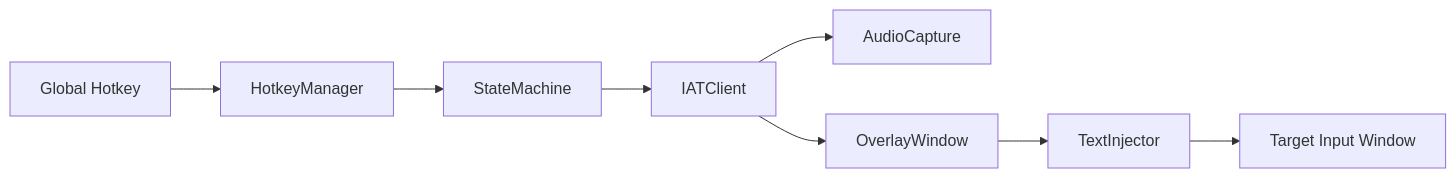
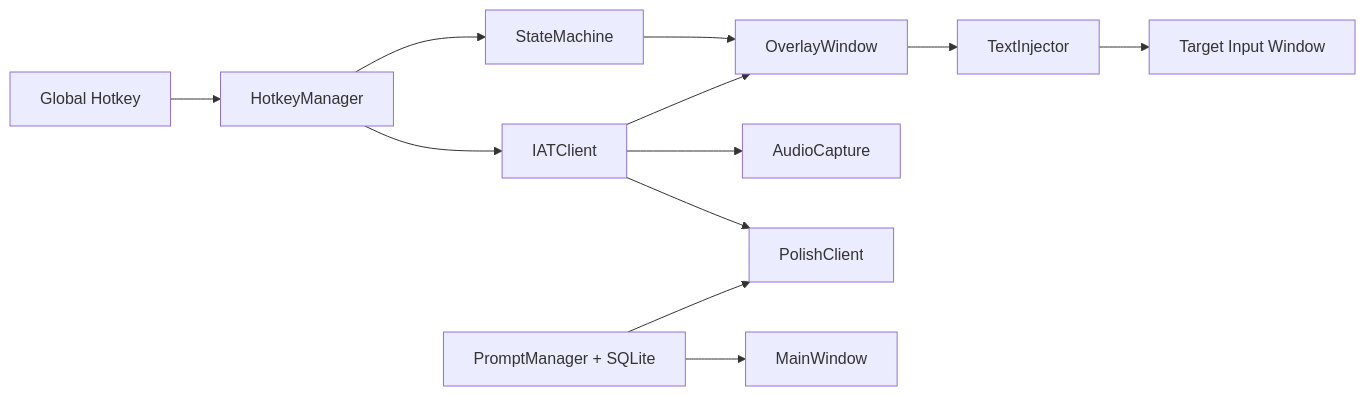
The diagram in README.md (GodvFocus/InnerVoice), drawn with Mermaid before and after one commit. The commit also changed other lines of this file, not shown here.

````diff
--- a/README.md
+++ b/README.md
@@ -73,10 +56,14 @@
 ```mermaid
 flowchart LR
     A["Global Hotkey"] --> B["HotkeyManager"]
     B --> C["StateMachine"]
-    C --> D["IATClient"]
-    D --> E["AudioCapture"]
-    D --> F["OverlayWindow"]
-    F --> G["TextInjector"]
-    G --> H["Target Input Window"]
+    C --> D["OverlayWindow"]
+    B --> E["IATClient"]
+    E --> F["AudioCapture"]
+    E --> D
+    E --> G["PolishClient"]
+    H["PromptManager + SQLite"] --> G
+    D --> I["TextInjector"]
+    I --> J["Target Input Window"]
+    H --> K["MainWindow"]
 ```
````
